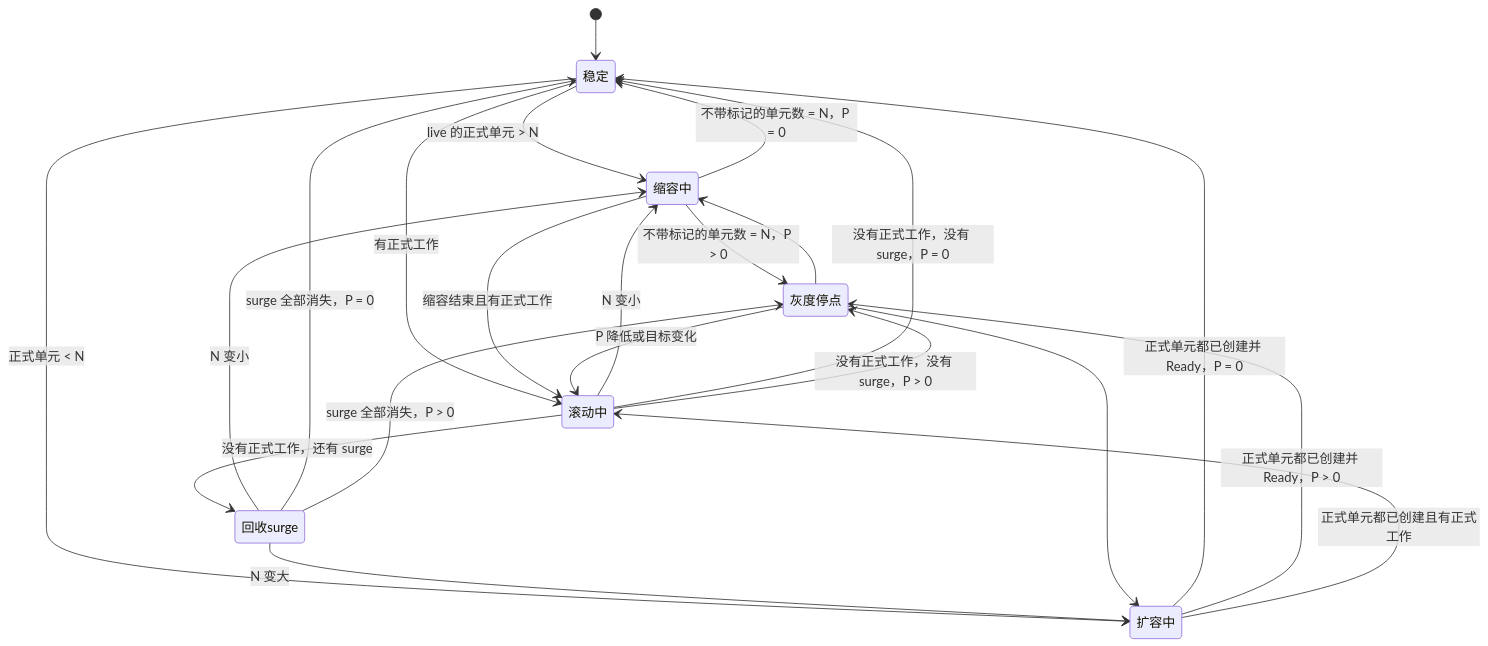
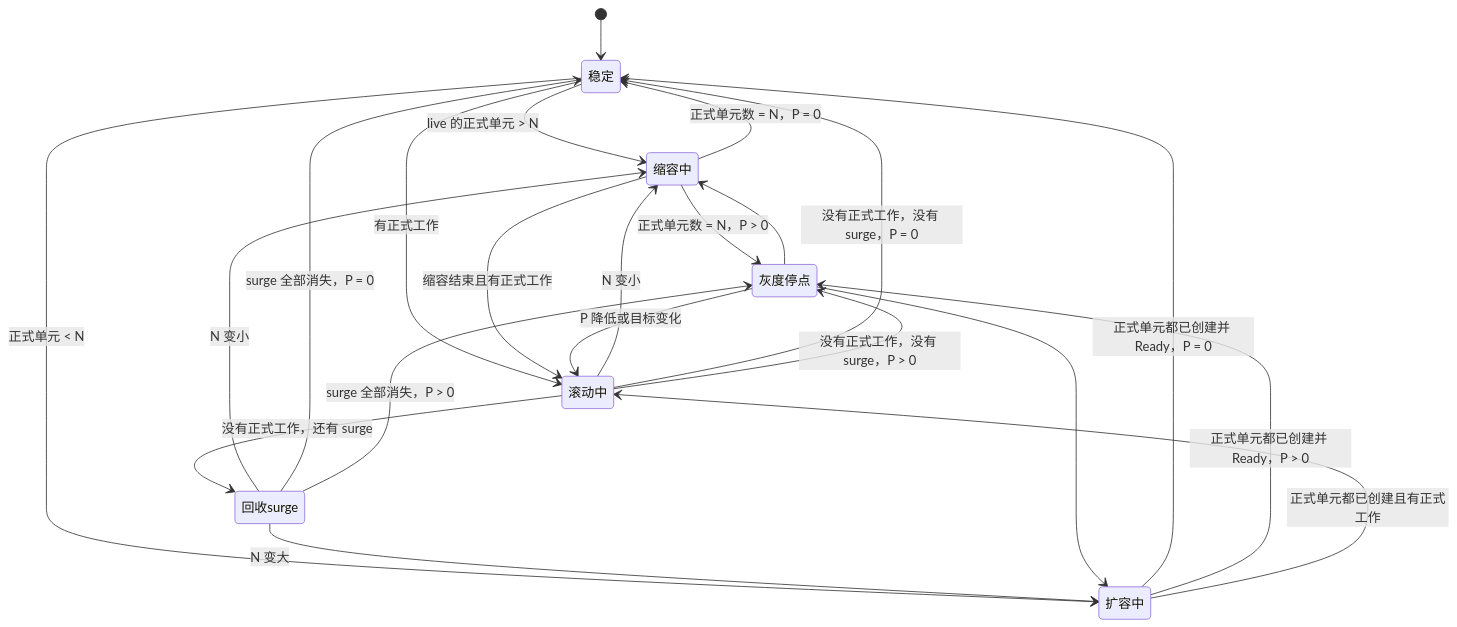
Before and after one commit to VanderChen/kthena: the ninth of 10 diagrams in docs/proposal/modelserving-rollout-state-design.md, drawn with Mermaid. The commit also changed other lines of this file and 2 other files, not shown here.

````diff
--- a/docs/proposal/modelserving-rollout-state-design.md
+++ b/docs/proposal/modelserving-rollout-state-design.md
@@ -471,24 +472,24 @@
 ```mermaid
 stateDiagram-v2
     [*] --> 稳定
     稳定 --> 缩容中: live 的正式单元 > N
     稳定 --> 扩容中: 正式单元 < N
     稳定 --> 滚动中: 有正式工作
-    缩容中 --> 稳定: 不带标记的单元数 = N，P = 0
-    缩容中 --> 灰度停点: 不带标记的单元数 = N，P > 0
+    缩容中 --> 稳定: 正式单元数 = N，P = 0
+    缩容中 --> 灰度停点: 正式单元数 = N，P > 0
     缩容中 --> 滚动中: 缩容结束且有正式工作
     扩容中 --> 稳定: 正式单元都已创建并 Ready，P = 0
     扩容中 --> 灰度停点: 正式单元都已创建并 Ready，P > 0
     扩容中 --> 滚动中: 正式单元都已创建且有正式工作
     滚动中 --> 缩容中: N 变小
     回收surge --> 缩容中: N 变小
     回收surge --> 扩容中: N 变大
     滚动中 --> 回收surge: 没有正式工作，还有 surge
     滚动中 --> 稳定: 没有正式工作，没有 surge，P = 0
     滚动中 --> 灰度停点: 没有正式工作，没有 surge，P > 0
     回收surge --> 稳定: surge 全部消失，P = 0
     回收surge --> 灰度停点: surge 全部消失，P > 0
     灰度停点 --> 滚动中: P 降低或目标变化
     灰度停点 --> 缩容中
     灰度停点 --> 扩容中
 ```
````
